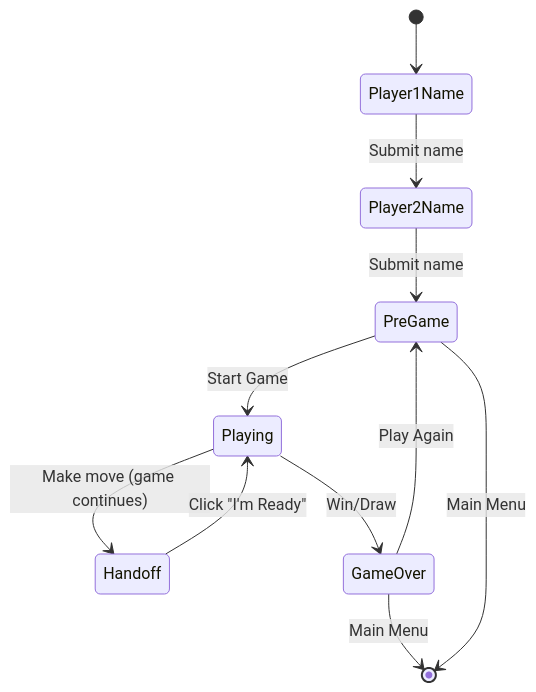
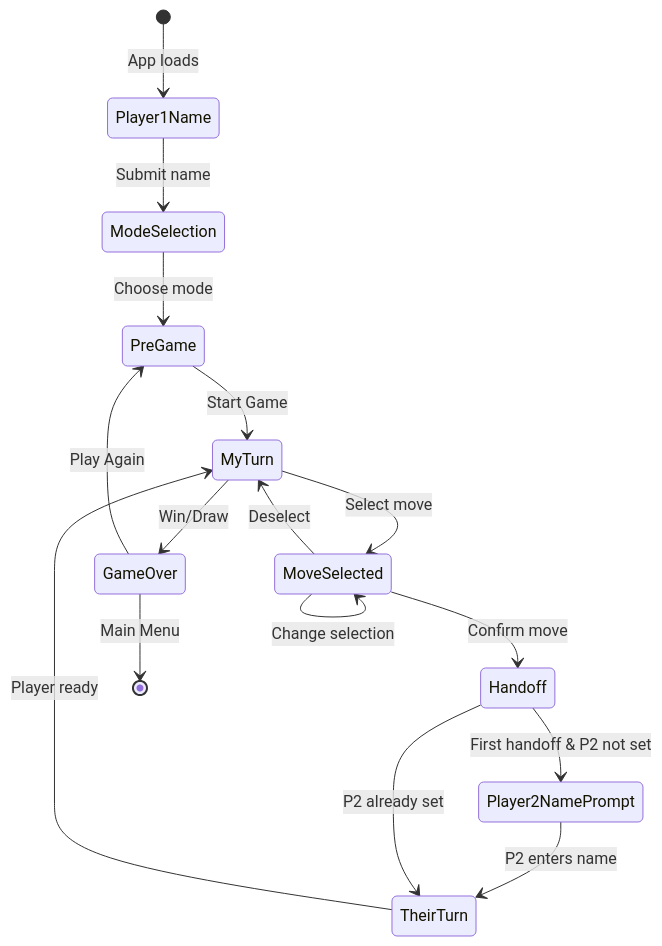
Before and after one commit to randallard/correspondence-games-framework: the diagram in packages/core/STATE_DIAGRAM_TEMPLATE.md, drawn with Mermaid. The commit also changed other lines of this file and 5 other files, not shown here.

````diff
--- a/packages/core/STATE_DIAGRAM_TEMPLATE.md
+++ b/packages/core/STATE_DIAGRAM_TEMPLATE.md
@@ -88,19 +50,28 @@
 ```mermaid
 stateDiagram-v2
-    [*] --> Player1Name
+    [*] --> Player1Name: App loads
 
-    Player1Name --> Player2Name: Submit name
-    Player2Name --> PreGame: Submit name
+    Player1Name --> ModeSelection: Submit name
 
-    PreGame --> Playing: Start Game
+    ModeSelection --> PreGame: Choose mode
 
-    Playing --> Handoff: Make move (game continues)
-    Handoff --> Playing: Click "I'm Ready"
+    PreGame --> MyTurn: Start Game
 
-    Playing --> GameOver: Win/Draw
+    MyTurn --> MoveSelected: Select move
+
+    MoveSelected --> MoveSelected: Change selection
+    MoveSelected --> MyTurn: Deselect
+    MoveSelected --> Handoff: Confirm move
+
+    Handoff --> Player2NamePrompt: First handoff & P2 not set
+    Player2NamePrompt --> TheirTurn: P2 enters name
+
+    Handoff --> TheirTurn: P2 already set
+
+    TheirTurn --> MyTurn: Player ready
+
+    MyTurn --> GameOver: Win/Draw
 
     GameOver --> PreGame: Play Again
     GameOver --> [*]: Main Menu
-
-    PreGame --> [*]: Main Menu
 ```
````
